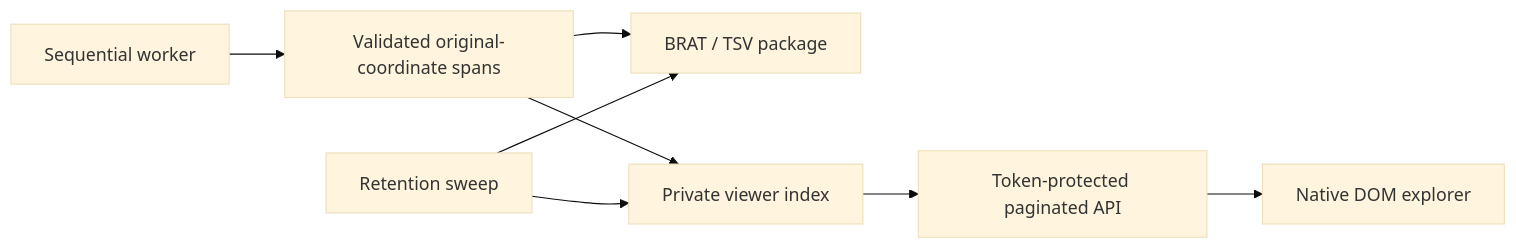
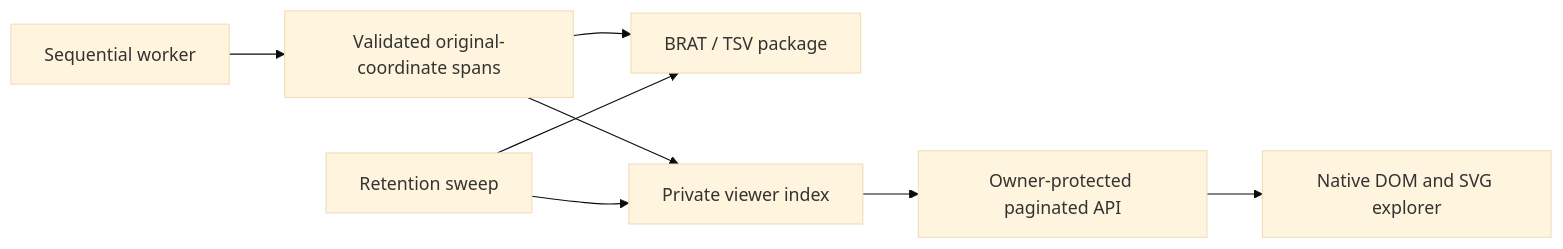
The diagram in docs/VISUALIZATION_ARCHITECTURE.md (nlp4bia-bsc/ner-inference-web), drawn with Mermaid (base theme) before and after one commit. The commit also changed other lines of this file and 25 other files, not shown here.

````diff
--- a/docs/VISUALIZATION_ARCHITECTURE.md
+++ b/docs/VISUALIZATION_ARCHITECTURE.md
@@ -27,10 +27,10 @@
 ```mermaid
 flowchart LR
     W[Sequential worker] --> C[Validated original-coordinate spans]
     C --> E[BRAT / TSV package]
     C --> I[Private viewer index]
-    I --> A[Token-protected paginated API]
-    A --> V[Native DOM explorer]
+    I --> A[Owner-protected paginated API]
+    A --> V[Native DOM and SVG explorer]
     R[Retention sweep] --> I
     R --> E
 ```
````
